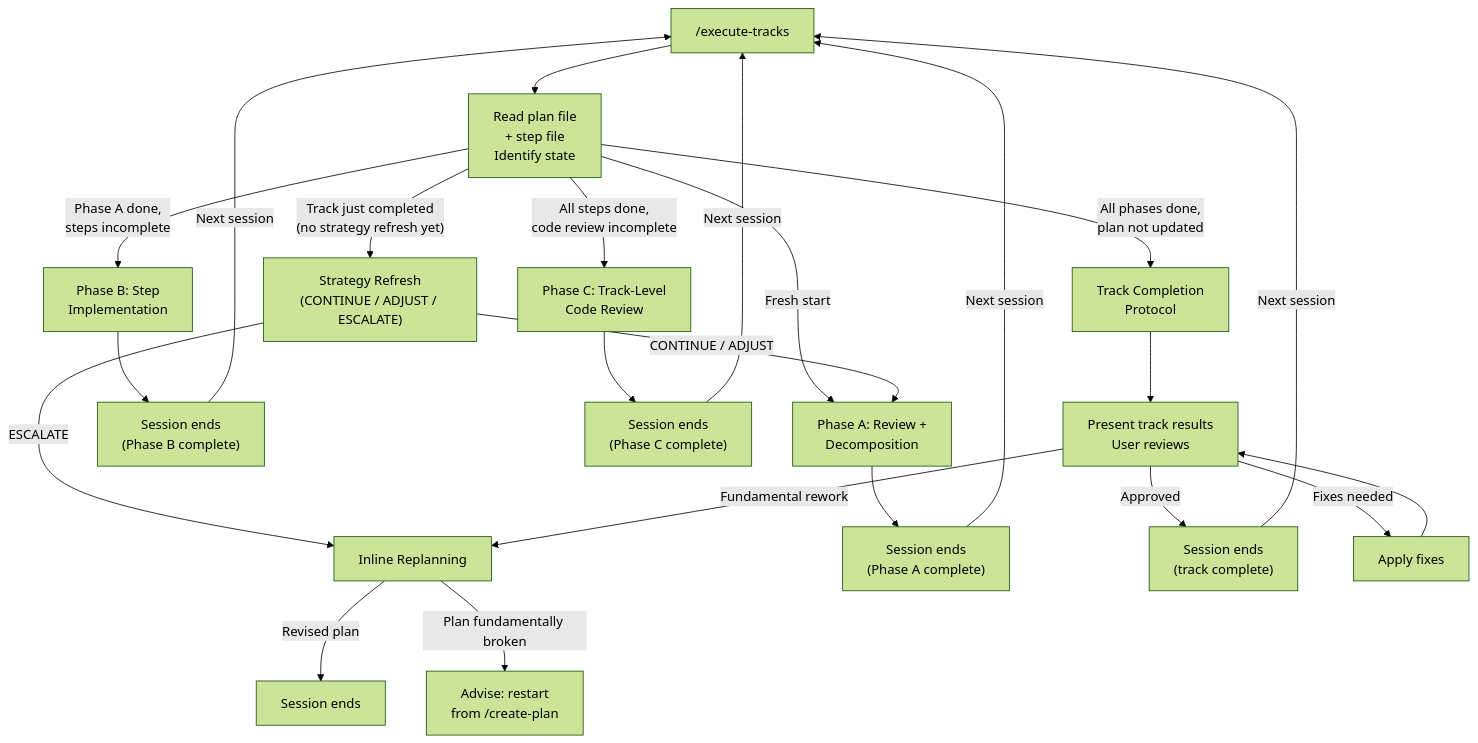
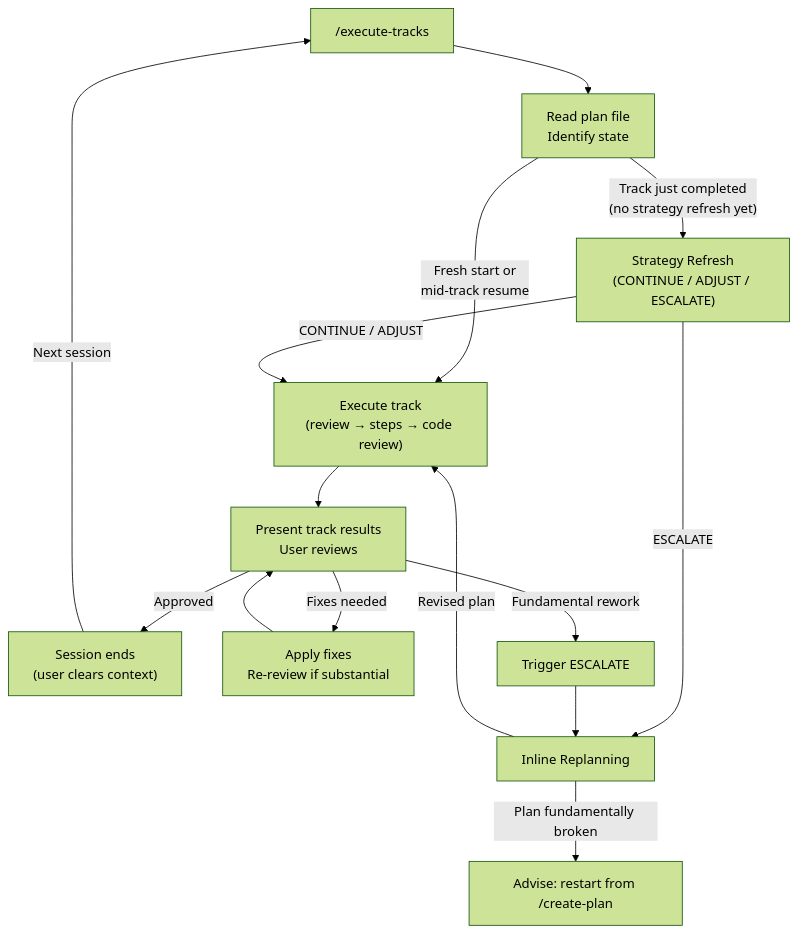
The diagram in .claude/workflow/workflow.md (JetBrains/youtrackdb), drawn with Mermaid (forest theme) before and after one commit. The commit also changed other lines of this file and 5 other files, not shown here.

````diff
--- a/.claude/workflow/workflow.md
+++ b/.claude/workflow/workflow.md
@@ -40,33 +24,27 @@
 ```mermaid
 flowchart TD
     START["/execute-tracks"]
-    READ["Read plan file\n+ step file\nIdentify state"]
+    READ["Read plan file\nIdentify state"]
 
     START --> READ
 
     READ -->|"Track just completed\n(no strategy refresh yet)"| SR["Strategy Refresh\n(CONTINUE / ADJUST / ESCALATE)"]
-    READ -->|"Fresh start"| PA["Phase A: Review +\nDecomposition"]
-    READ -->|"Phase A done,\nsteps incomplete"| PB["Phase B: Step\nImplementation"]
-    READ -->|"All steps done,\ncode review incomplete"| PC["Phase C: Track-Level\nCode Review"]
-    READ -->|"All phases done,\nplan not updated"| TC["Track Completion\nProtocol"]
+    READ -->|"Fresh start or\nmid-track resume"| EXEC["Execute track\n(review → steps → code review)"]
 
-    SR -->|CONTINUE / ADJUST| PA
+    SR -->|CONTINUE / ADJUST| EXEC
     SR -->|ESCALATE| REPLAN["Inline Replanning"]
 
-    REPLAN -->|"Revised plan"| END_S["Session ends"]
-    REPLAN -->|"Plan fundamentally broken"| EXIT_P1["Advise: restart\nfrom /create-plan"]
+    REPLAN -->|"Revised plan"| EXEC
+    REPLAN -->|"Plan fundamentally broken"| EXIT_P1["Advise: restart from /create-plan"]
 
-    PA --> END_A["Session ends\n(Phase A complete)"]
-    PB --> END_B["Session ends\n(Phase B complete)"]
-    PC --> END_C["Session ends\n(Phase C complete)"]
+    EXEC --> PRESENT["Present track results\nUser reviews"]
 
-    TC --> PRESENT["Present track results\nUser reviews"]
-    PRESENT -->|Approved| END_TRACK["Session ends\n(track complete)"]
-    PRESENT -->|"Fixes needed"| FIX["Apply fixes"] --> PRESENT
-    PRESENT -->|"Fundamental rework"| REPLAN
+    PRESENT -->|Approved| END_SESSION["Session ends\n(user clears context)"]
+    PRESENT -->|"Fixes needed"| FIX["Apply fixes\nRe-review if substantial"]
+    PRESENT -->|"Fundamental rework"| SR_ESCALATE["Trigger ESCALATE"]
 
-    END_A -->|"Next session"| START
-    END_B -->|"Next session"| START
-    END_C -->|"Next session"| START
-    END_TRACK -->|"Next session"| START
+    FIX --> PRESENT
+    SR_ESCALATE --> REPLAN
+
+    END_SESSION -->|"Next session"| START
 ```
````
